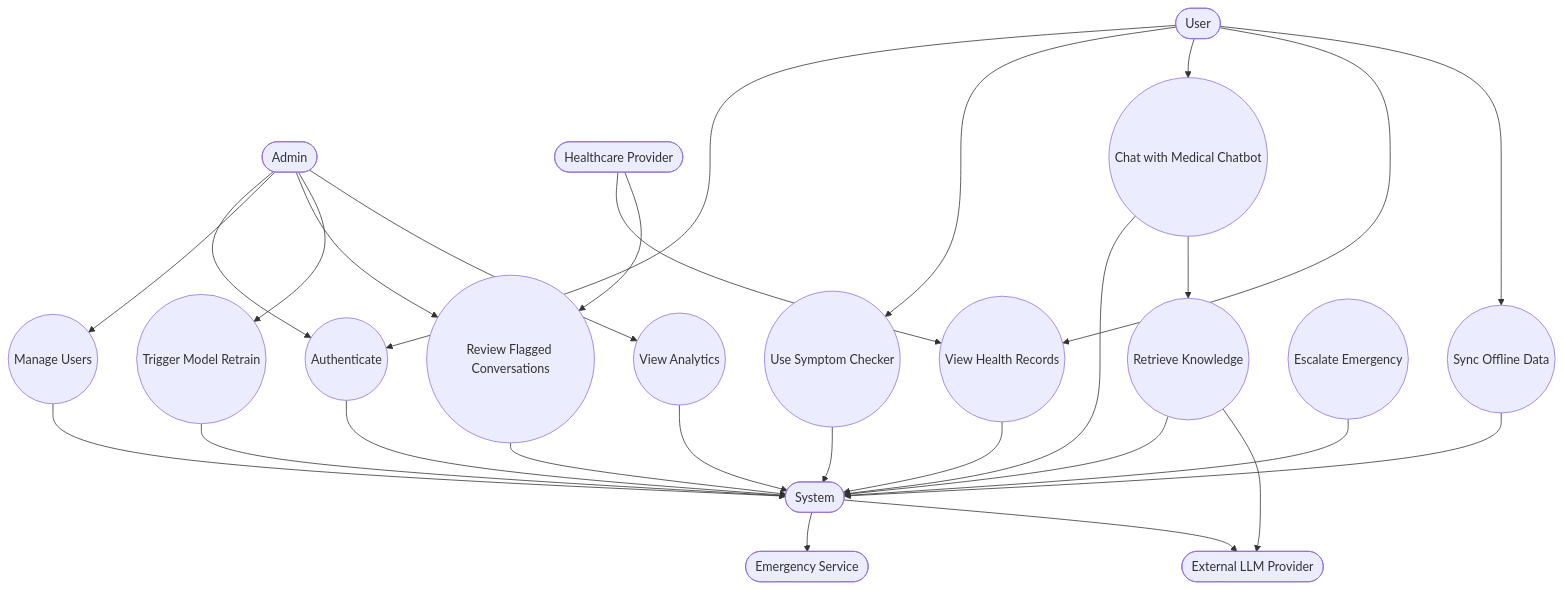
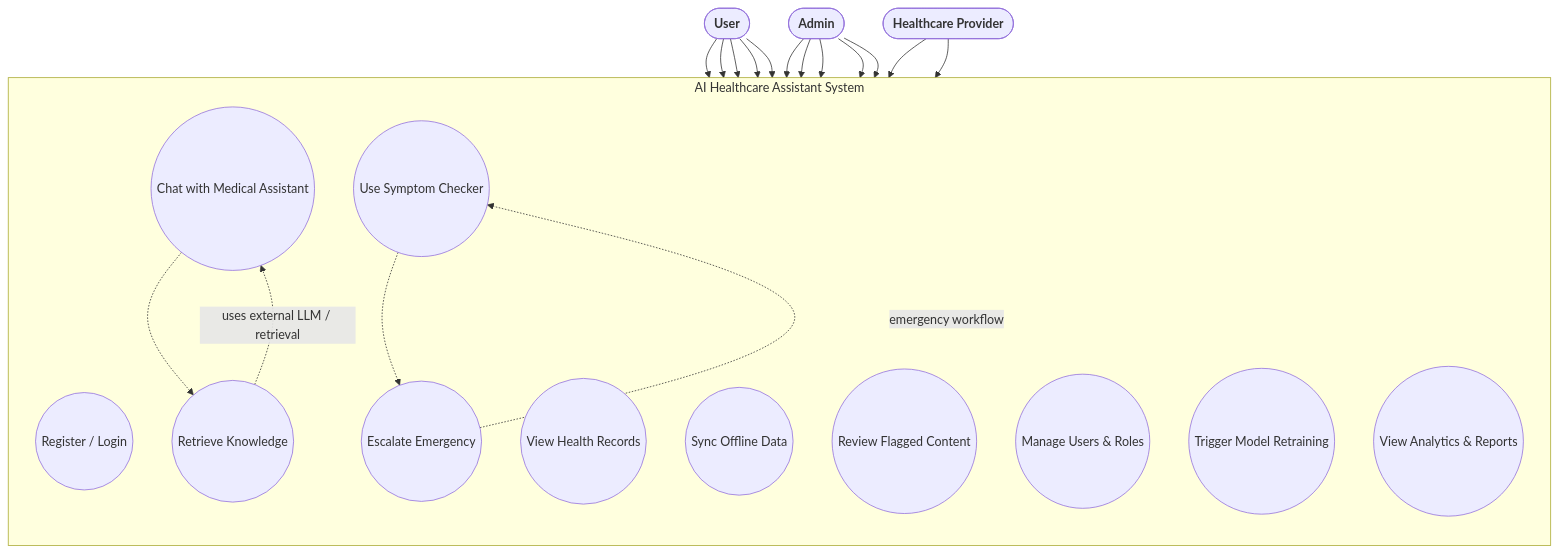
Before and after one commit to SKS-650/AI-Healthcare-Assistant-for-Rular-Areas: the diagram in readme/UseCaseDiagram.md, drawn with Mermaid. The commit also changed other lines of this file, not shown here.

Commit message:
usecase  diagram is updated

````diff
--- a/readme/UseCaseDiagram.md
+++ b/readme/UseCaseDiagram.md
@@ -5,53 +5,42 @@
 ```mermaid
 flowchart TD
-  User([User])
-  Admin([Admin])
-  Provider([Healthcare Provider])
-  System([System])
-  LLM([External LLM Provider])
-  Emergency([Emergency Service])
+  %% Actors on left and right, use cases in the middle
+  actorUser([<b>User</b>])
+  actorAdmin([<b>Admin</b>])
+  actorProvider([<b>Healthcare Provider</b>])
 
-  Authenticate((Authenticate))
-  UseSymptom((Use Symptom Checker))
-  ChatBot((Chat with Medical Chatbot))
-  ViewRecords((View Health Records))
-  SyncData((Sync Offline Data))
-  ManageUsers((Manage Users))
-  ReviewFlags((Review Flagged Conversations))
-  TriggerRetrain((Trigger Model Retrain))
-  ViewAnalytics((View Analytics))
-  RetrieveKnowledge((Retrieve Knowledge))
-  Escalate((Escalate Emergency))
+  subgraph SystemBoundary["AI Healthcare Assistant System"]
+    direction TB
+    UC01((Register / Login))
+    UC02((Use Symptom Checker))
+    UC03((Chat with Medical Assistant))
+    UC04((View Health Records))
+    UC05((Sync Offline Data))
+    UC06((Review Flagged Content))
+    UC07((Manage Users & Roles))
+    UC08((Trigger Model Retraining))
+    UC09((View Analytics & Reports))
+    UC10((Escalate Emergency))
+    UC11((Retrieve Knowledge))
+  end
 
-  User --> Authenticate
-  User --> UseSymptom
-  User --> ChatBot
-  User --> ViewRecords
-  User --> SyncData
+  actorUser --> UC01
+  actorUser --> UC02
+  actorUser --> UC03
+  actorUser --> UC04
+  actorUser --> UC05
 
-  Admin --> Authenticate
-  Admin --> ManageUsers
-  Admin --> ReviewFlags
-  Admin --> TriggerRetrain
-  Admin --> ViewAnalytics
+  actorAdmin --> UC01
+  actorAdmin --> UC06
+  actorAdmin --> UC07
+  actorAdmin --> UC08
+  actorAdmin --> UC09
 
-  Provider --> ViewRecords
-  Provider --> ReviewFlags
+  actorProvider --> UC04
+  actorProvider --> UC06
 
-  Authenticate --> System
-  UseSymptom --> System
-  ChatBot --> System
-  ViewRecords --> System
-  SyncData --> System
-  ManageUsers --> System
-  ReviewFlags --> System
-  TriggerRetrain --> System
-  ViewAnalytics --> System
-  RetrieveKnowledge --> System
-  Escalate --> System
-
-  ChatBot --> RetrieveKnowledge
-  RetrieveKnowledge --> LLM
-  System --> Emergency
-  System --> LLM
+  UC03 -.-> UC11
+  UC02 -.-> UC10
+  UC11 -.->|"uses external LLM / retrieval"| UC03
+  UC10 -.->|"emergency workflow"| UC02
 ```
````
